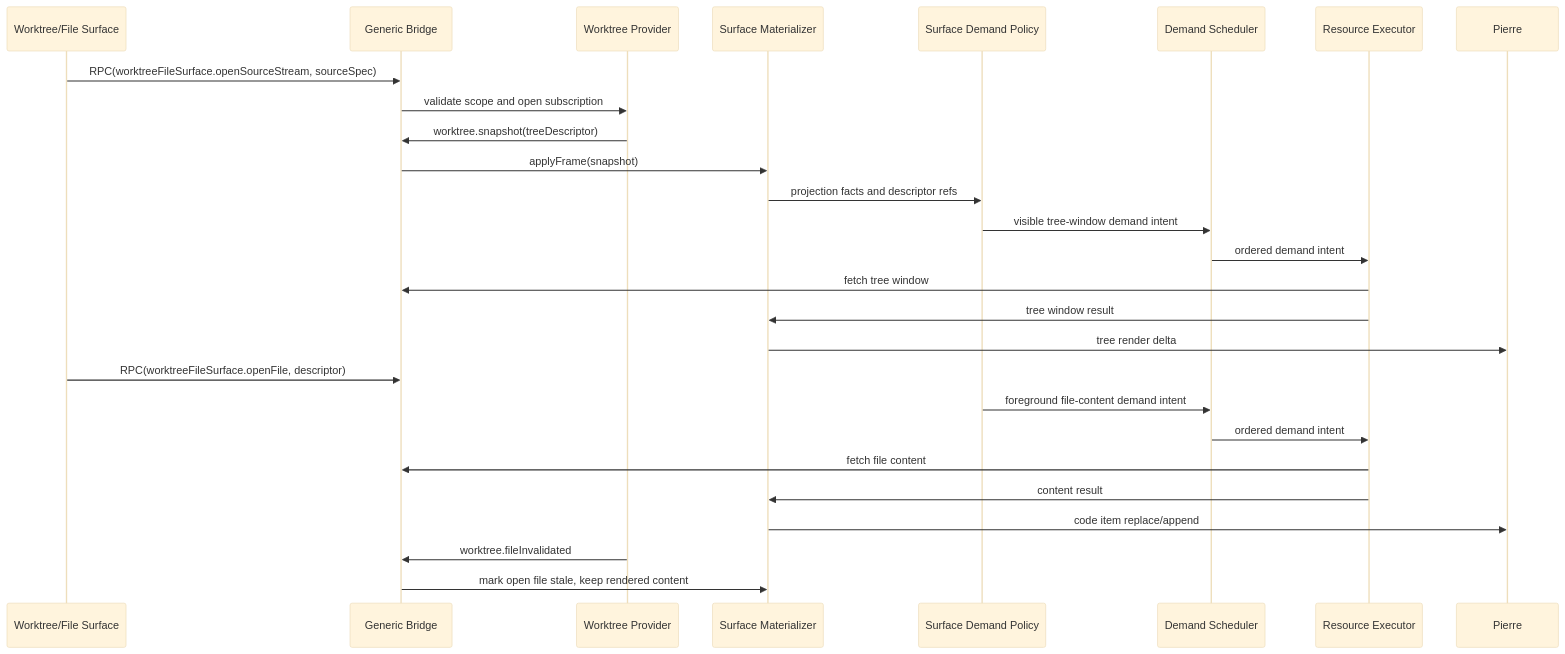
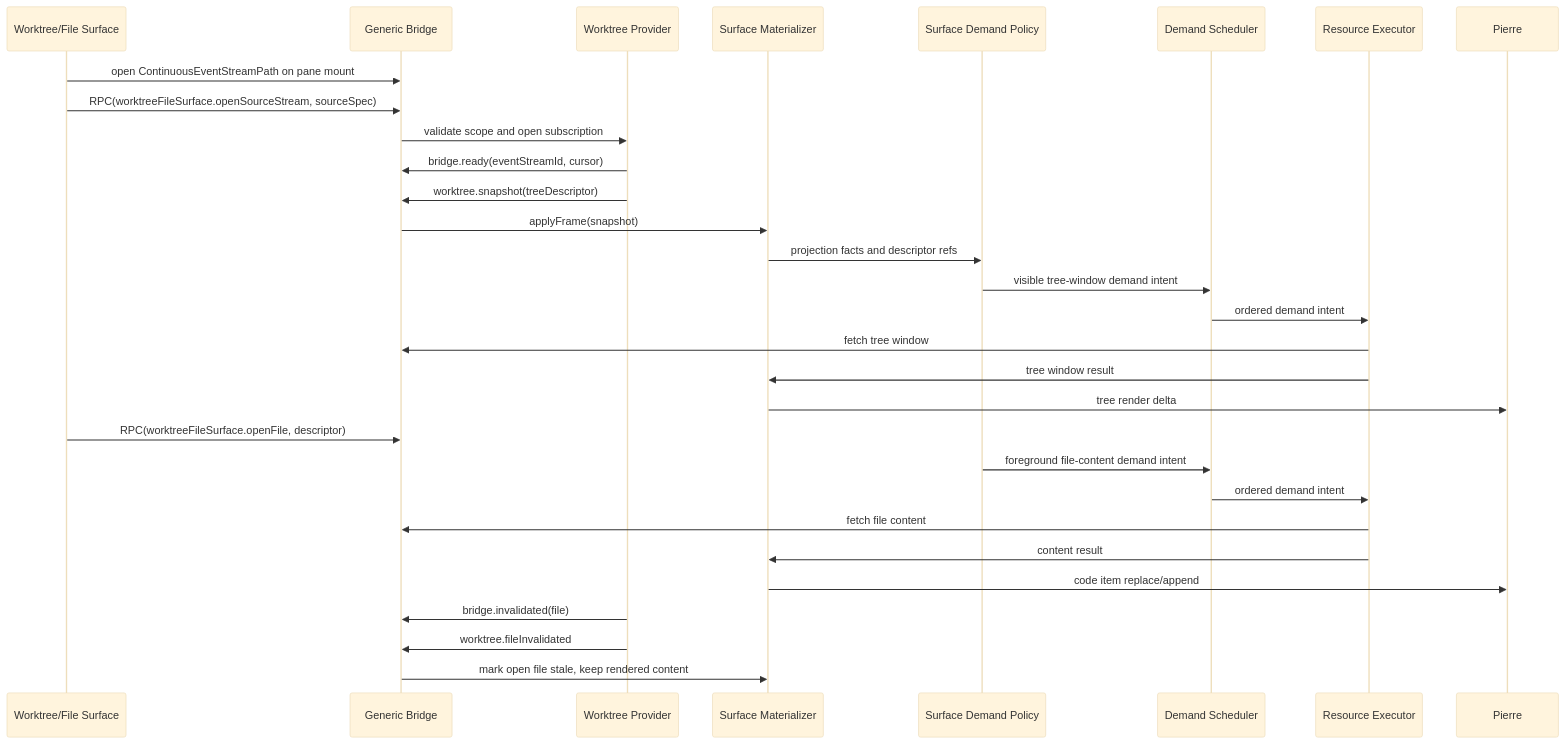
One commit to ShravanSunder/agentstudio changed the second of 2 diagrams in tmp/spec-workflows/2026-06-22-bridge-transport-streaming-spec/worktree-file-surface-protocol.md. Above: the diagram before and after it, drawn with Mermaid (base theme). The commit also changed other lines of this file and 9 other files, not shown here.

````diff
--- a/tmp/spec-workflows/2026-06-22-bridge-transport-streaming-spec/worktree-file-surface-protocol.md
+++ b/tmp/spec-workflows/2026-06-22-bridge-transport-streaming-spec/worktree-file-surface-protocol.md
@@ -402,30 +426,33 @@
 ```mermaid
 sequenceDiagram
   participant Browser as Worktree/File Surface
   participant Bridge as Generic Bridge
   participant Provider as Worktree Provider
   participant Mat as Surface Materializer
   participant Policy as Surface Demand Policy
   participant Sched as Demand Scheduler
   participant Exec as Resource Executor
   participant Pierre as Pierre
 
+  Browser->>Bridge: open ContinuousEventStreamPath on pane mount
   Browser->>Bridge: RPC(worktreeFileSurface.openSourceStream, sourceSpec)
   Bridge->>Provider: validate scope and open subscription
+  Provider->>Bridge: bridge.ready(eventStreamId, cursor)
   Provider->>Bridge: worktree.snapshot(treeDescriptor)
   Bridge->>Mat: applyFrame(snapshot)
   Mat->>Policy: projection facts and descriptor refs
   Policy->>Sched: visible tree-window demand intent
   Sched->>Exec: ordered demand intent
   Exec->>Bridge: fetch tree window
   Exec->>Mat: tree window result
   Mat->>Pierre: tree render delta
   Browser->>Bridge: RPC(worktreeFileSurface.openFile, descriptor)
   Policy->>Sched: foreground file-content demand intent
   Sched->>Exec: ordered demand intent
   Exec->>Bridge: fetch file content
   Exec->>Mat: content result
   Mat->>Pierre: code item replace/append
+  Provider->>Bridge: bridge.invalidated(file)
   Provider->>Bridge: worktree.fileInvalidated
   Bridge->>Mat: mark open file stale, keep rendered content
 ```
````
